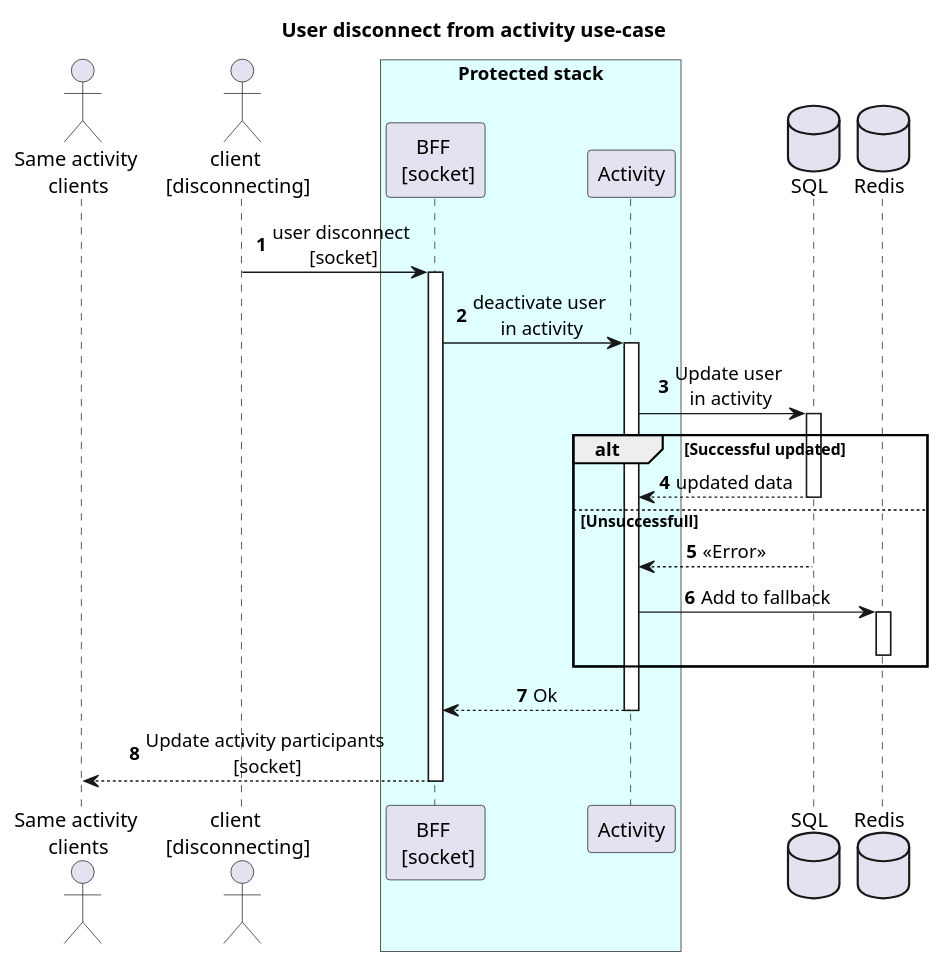
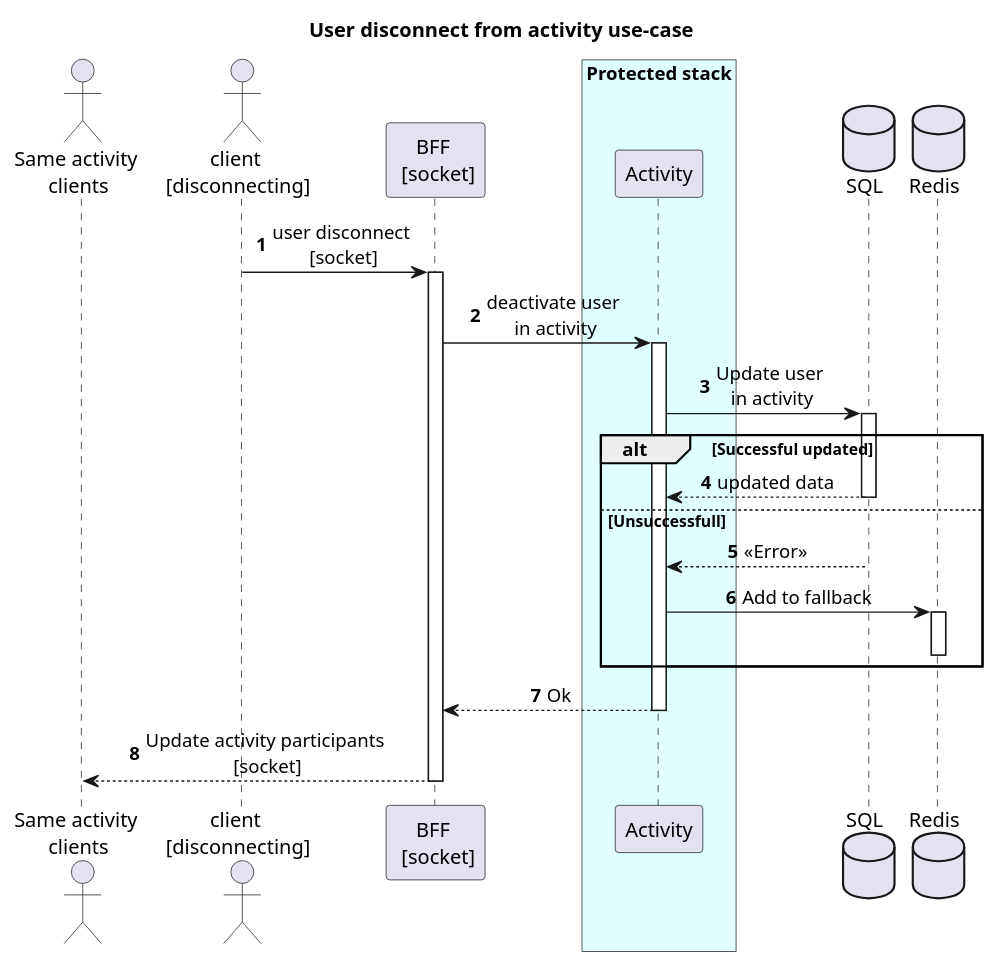
Before and after one commit to orion-services/Activity: the diagram in docs/sequence/user-disconnect-from-an-activity.wsd, drawn with PlantUML. The commit also changed other lines of this file, not shown here.

```diff
--- a/docs/sequence/user-disconnect-from-an-activity.wsd
+++ b/docs/sequence/user-disconnect-from-an-activity.wsd
@@ -1,30 +1,30 @@
 @startuml
   title "User disconnect from activity use-case"
 
   autonumber
   autoactivate on
   skinparam sequenceMessageAlign center
 
   actor "Same activity \nclients" as colleageClients
   actor "client \n[disconnecting]" as client
+  participant "BFF \n [socket]" as BFF
   box "Protected stack" #LightCyan
-  participant "BFF \n [socket]" as BFF
   participant Activity
   end box
   database SQL
   database Redis
 
   client -> BFF: user disconnect \n[socket]
   BFF -> Activity: deactivate user \nin activity
   Activity -> SQL: Update user \nin activity
   alt Successful updated
     Activity <-- SQL: updated data
   else Unsuccessfull
     Activity <-- SQL: <<Error>>
     Activity -> Redis: Add to fallback
     deactivate Redis
   end
   BFF <-- Activity: Ok
   colleageClients <-- BFF: Update activity participants \n[socket]
 
 @enduml
```
